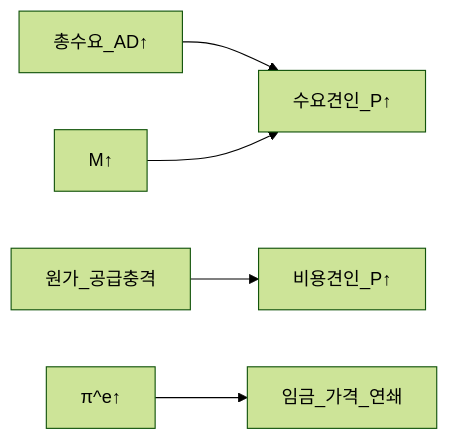
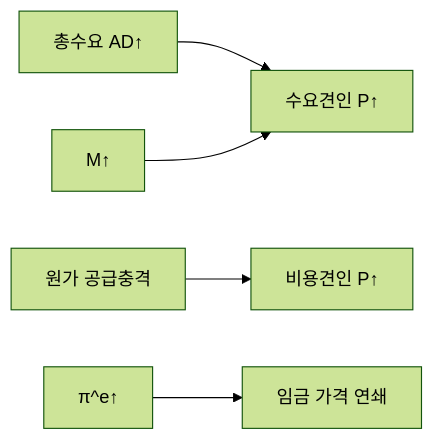
The second of 3 diagrams in 02-economics/macro-02-money-inflation.md (goldanghenry/Finances), drawn with Mermaid (forest theme) before and after one commit. The commit also changed other lines of this file and 211 other files, not shown here.

````diff
--- a/02-economics/macro-02-money-inflation.md
+++ b/02-economics/macro-02-money-inflation.md
@@ -129,7 +146,7 @@
 ```mermaid
 flowchart LR
-  AD[총수요_AD↑] --> DP[수요견인_P↑]
-  Cost[원가_공급충격] --> CP[비용견인_P↑]
+  AD["총수요 AD↑"] --> DP["수요견인 P↑"]
+  Cost["원가 공급충격"] --> CP["비용견인 P↑"]
   M[M↑] --> DP
-  Exp[π^e↑] --> Wage[임금_가격_연쇄]
+  Exp[π^e↑] --> Wage["임금 가격 연쇄"]
 ```
````
